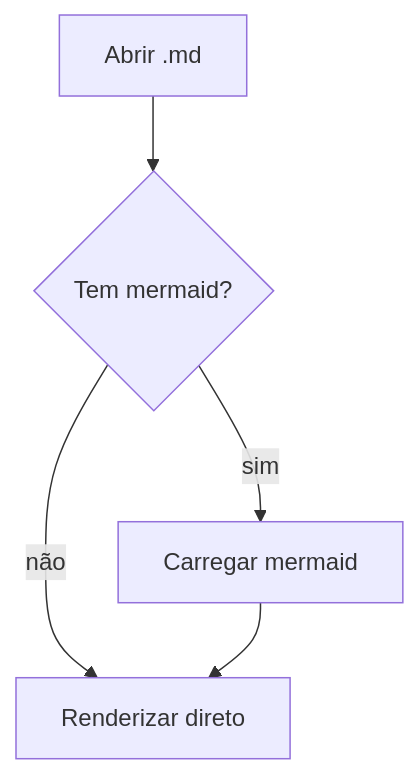
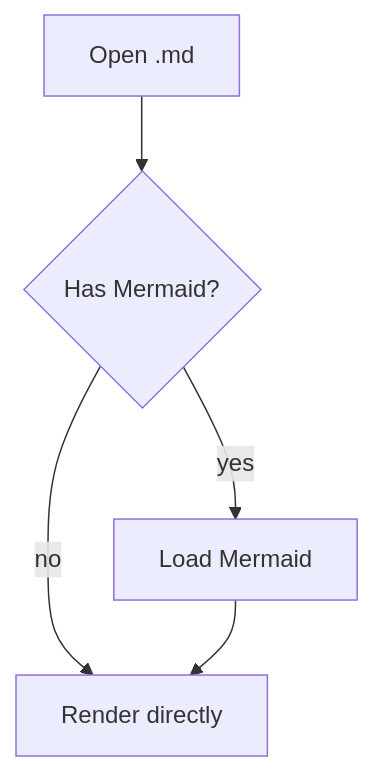
One commit to marcoszanre/md-reader changed the first of 2 diagrams in test/fixtures/demo.md. Above: the diagram before and after it, drawn with Mermaid. The commit also changed other lines of this file and 46 other files, not shown here.

````diff
--- a/test/fixtures/demo.md
+++ b/test/fixtures/demo.md
@@ -63,7 +63,7 @@
 ```mermaid
 graph TD
-  A[Abrir .md] --> B{Tem mermaid?}
-  B -- sim --> C[Carregar mermaid]
-  B -- não --> D[Renderizar direto]
+  A[Open .md] --> B{Has Mermaid?}
+  B -- yes --> C[Load Mermaid]
+  B -- no --> D[Render directly]
   C --> D
 ```
````
